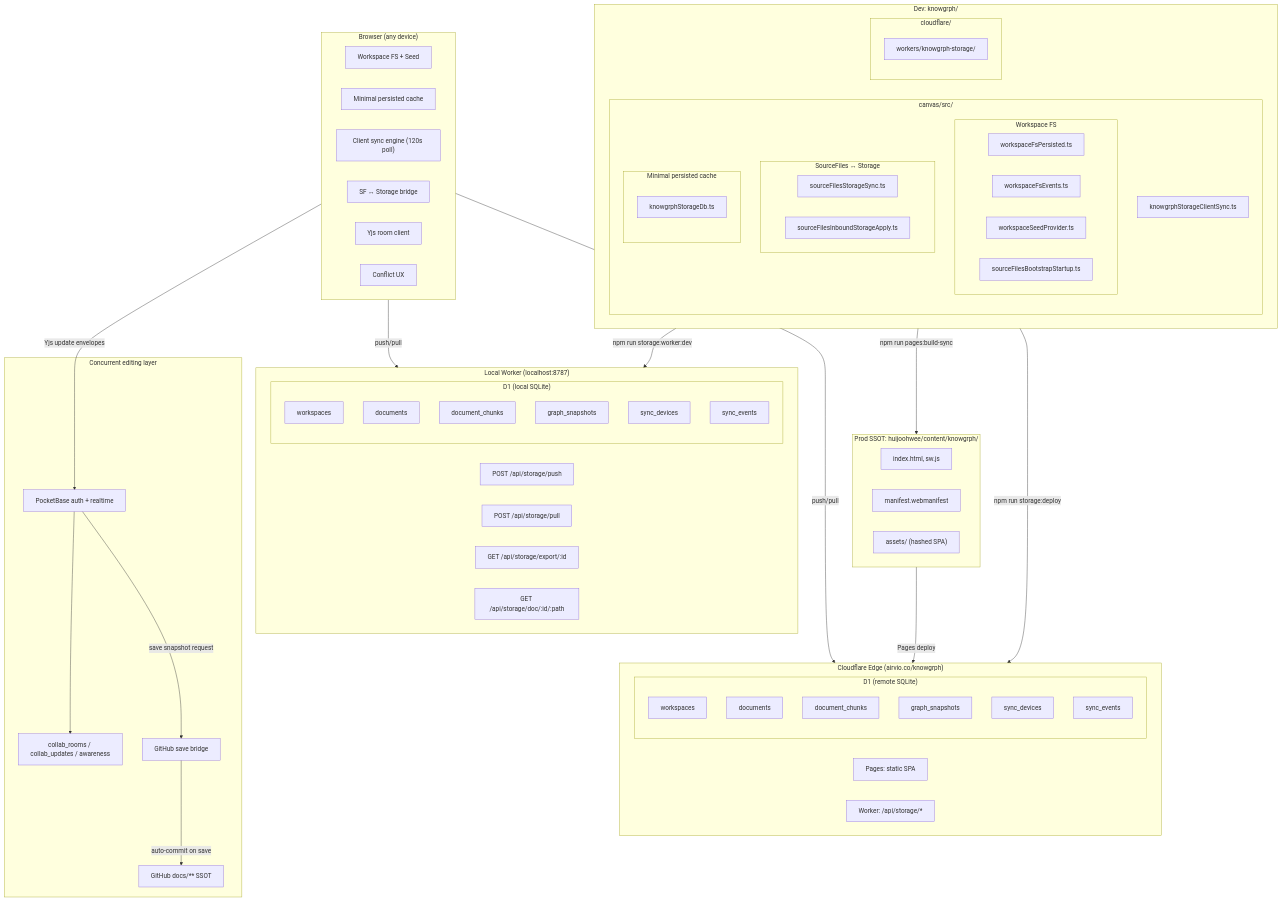
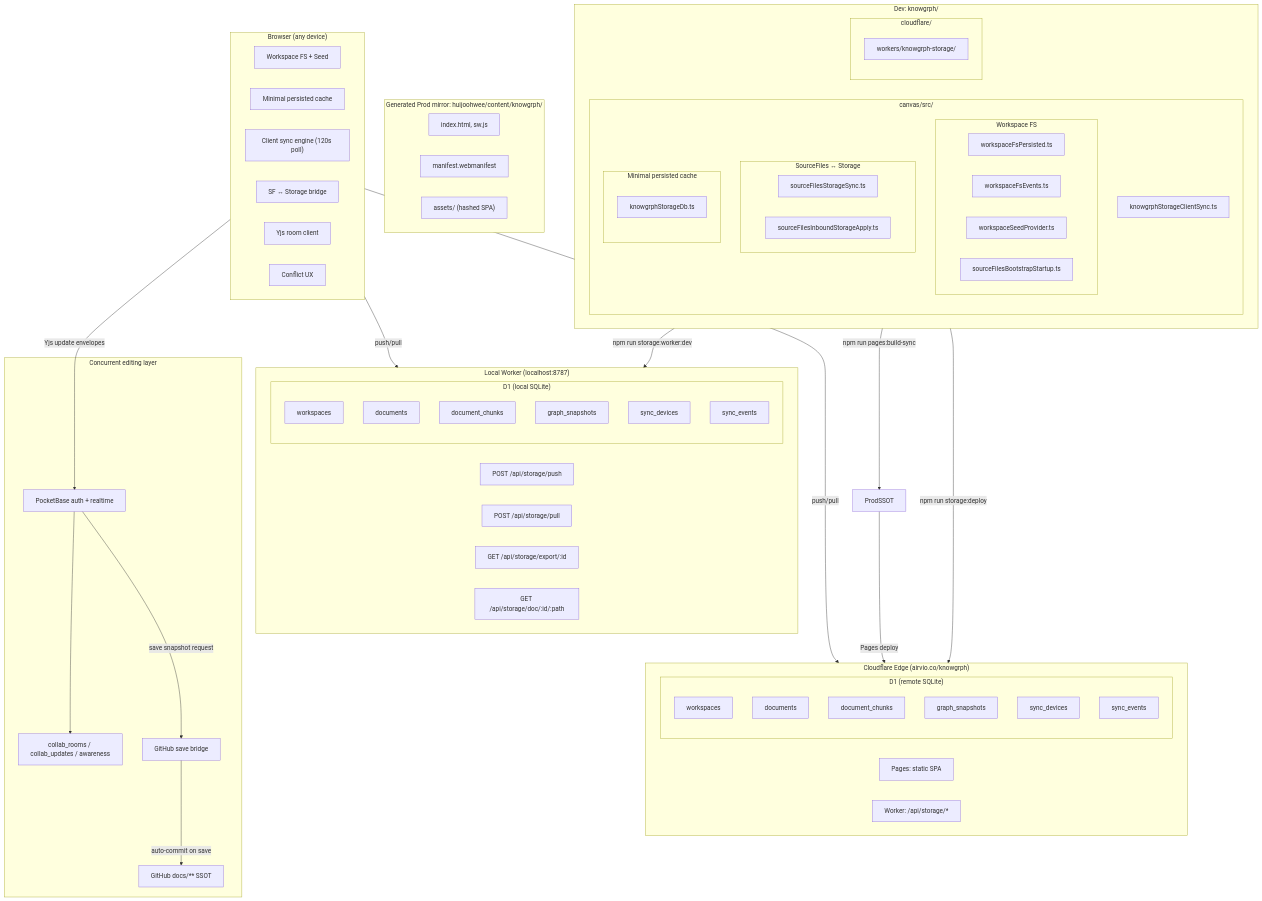
The second of 2 diagrams in docs/documents/knowgrph-storage-sync-document.md (huijoohwee/knowgrph), drawn with Mermaid before and after one commit. The commit also changed other lines of this file and 32 other files, not shown here.

```diff
--- a/docs/documents/knowgrph-storage-sync-document.md
+++ b/docs/documents/knowgrph-storage-sync-document.md
@@ -426,7 +452,7 @@
         end
     end
 
-    subgraph ProdSSOT["Prod SSOT: huijoohwee/content/knowgrph/"]
+    subgraph ProdMirror["Generated Prod mirror: huijoohwee/content/knowgrph/"]
         index["index.html, sw.js"]
         manifest["manifest.webmanifest"]
         assets["assets/ (hashed SPA)"]
```
